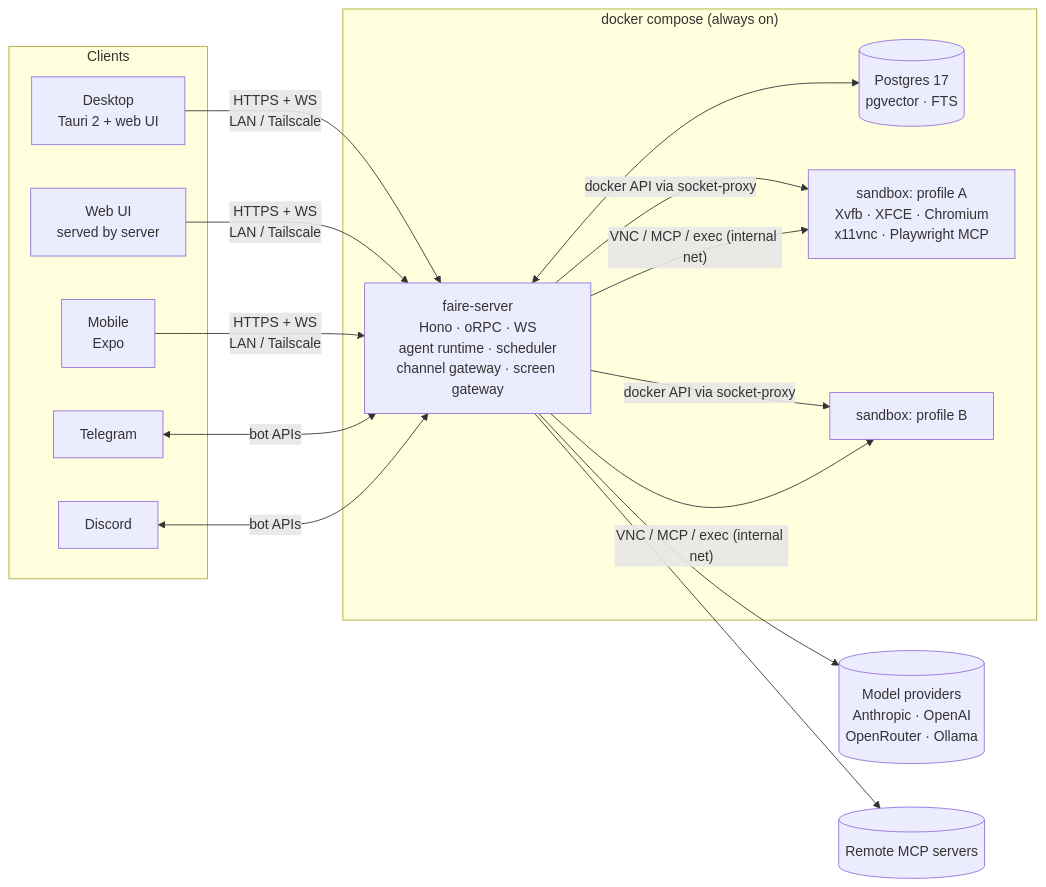
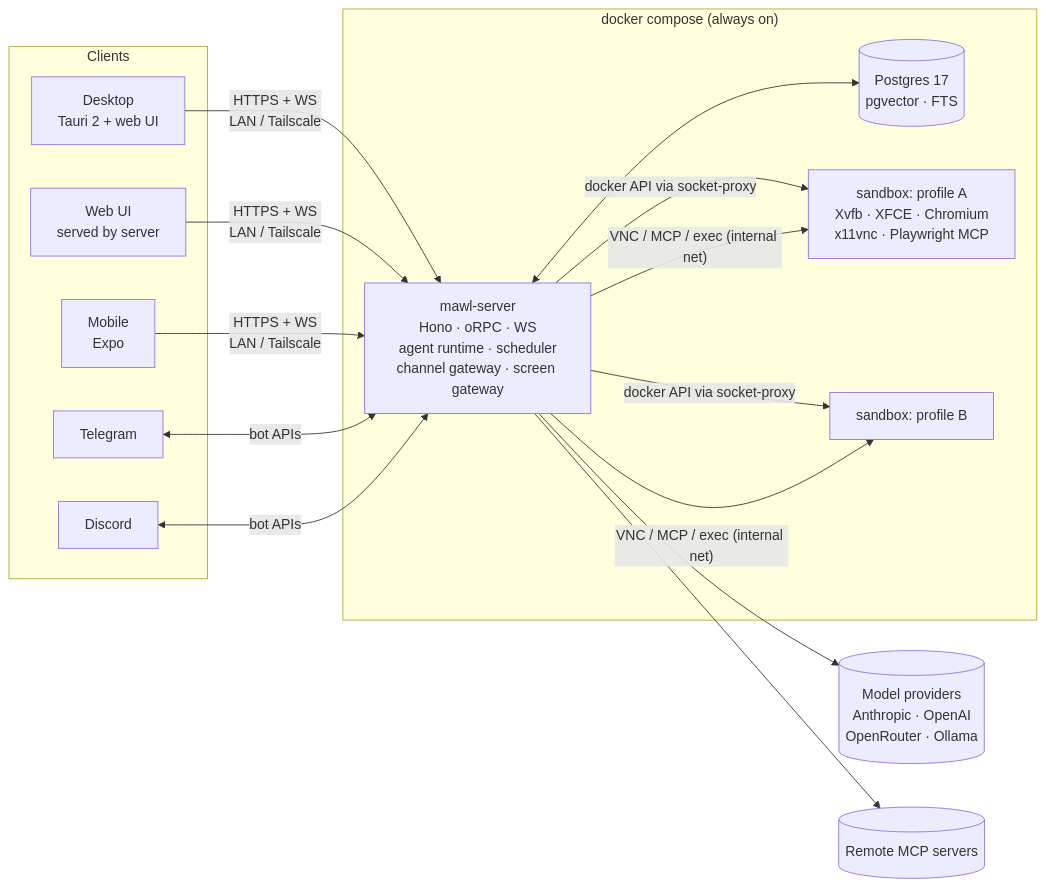
The first of 3 diagrams in docs/ARCHITECTURE.md (dalonga-kohi/mawl), drawn with Mermaid before and after one commit. The commit also changed other lines of this file and 278 other files, not shown here.

First line of the commit message:
chore: rename Faire to Mawl

````diff
--- a/docs/ARCHITECTURE.md
+++ b/docs/ARCHITECTURE.md
@@ -7,28 +7,28 @@
 ```mermaid
 flowchart LR
   subgraph Clients
     D[Desktop<br/>Tauri 2 + web UI]
     W[Web UI<br/>served by server]
     M[Mobile<br/>Expo]
     TG[Telegram]
     DC[Discord]
   end
 
   subgraph Stack["docker compose (always on)"]
-    S[faire-server<br/>Hono · oRPC · WS<br/>agent runtime · scheduler<br/>channel gateway · screen gateway]
+    S[mawl-server<br/>Hono · oRPC · WS<br/>agent runtime · scheduler<br/>channel gateway · screen gateway]
     PG[(Postgres 17<br/>pgvector · FTS)]
     SB1[sandbox: profile A<br/>Xvfb · XFCE · Chromium<br/>x11vnc · Playwright MCP]
     SB2[sandbox: profile B]
   end
 
   LLM[(Model providers<br/>Anthropic · OpenAI<br/>OpenRouter · Ollama)]
   MCPR[(Remote MCP servers)]
 
   D & W & M -- HTTPS + WS<br/>LAN / Tailscale --> S
   TG & DC <-- bot APIs --> S
   S <--> PG
   S -- docker API via socket-proxy --> SB1 & SB2
   S -- VNC / MCP / exec (internal net) --> SB1 & SB2
   S --> LLM
   S --> MCPR
 ```
````
